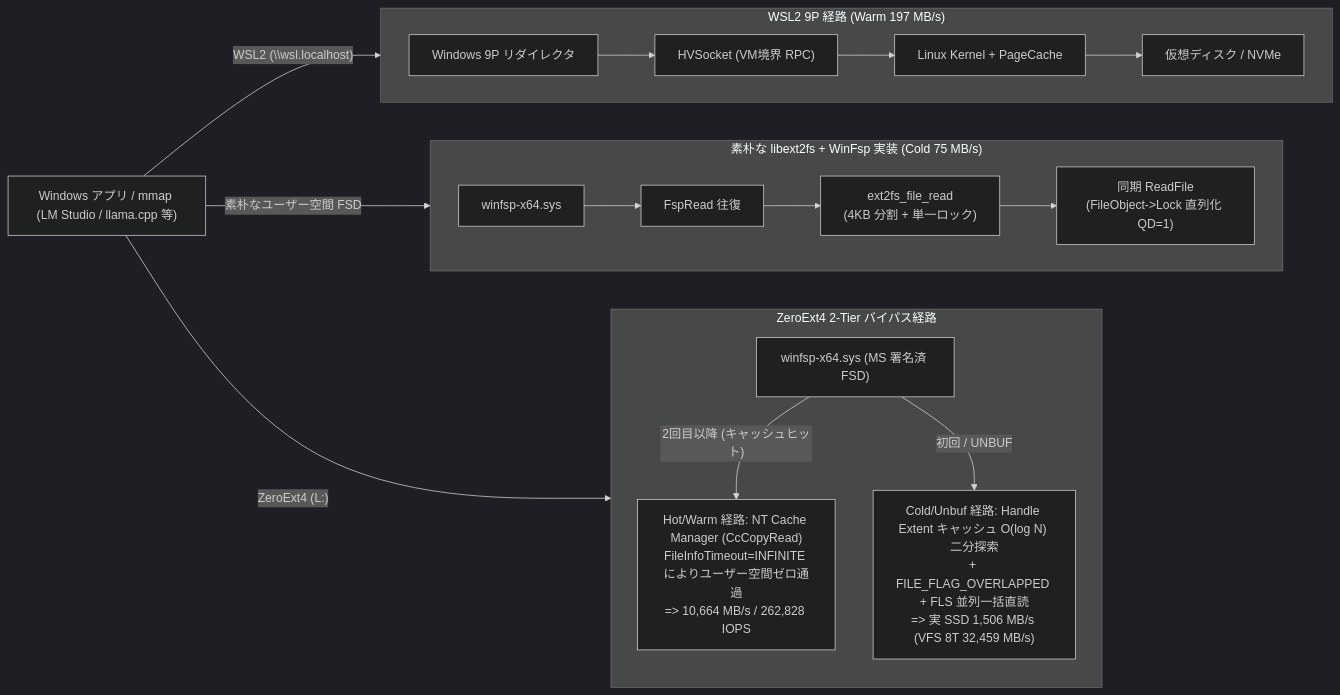
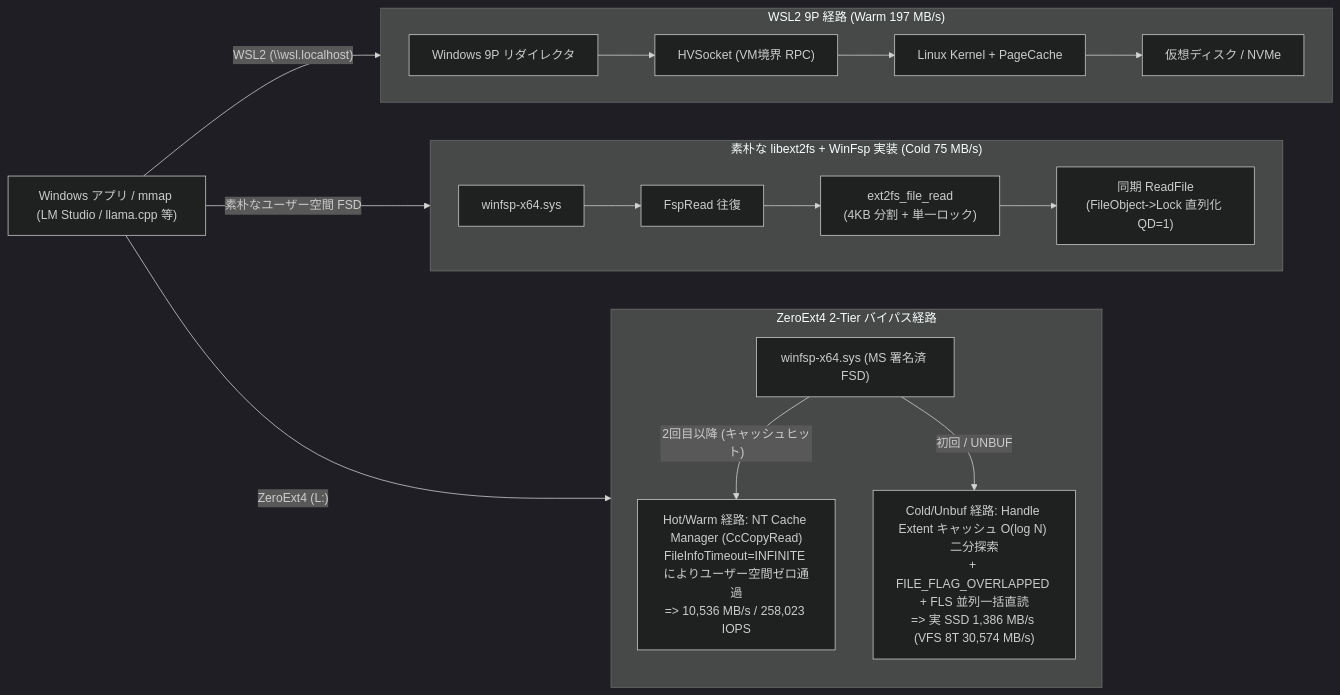
The first of 2 diagrams in docs/overview.md (totatake/ZeroExt), drawn with Mermaid (dark theme) before and after one commit. The commit also changed other lines of this file and 5 other files, not shown here.

````diff
--- a/docs/overview.md
+++ b/docs/overview.md
@@ -32,27 +32,27 @@
 ```mermaid
 flowchart LR
     App["Windows アプリ / mmap (LM Studio / llama.cpp 等)"]
 
     subgraph WSL["WSL2 9P 経路 (Warm 197 MB/s)"]
         direction LR
         W1["Windows 9P リダイレクタ"] --> W2["HVSocket (VM境界 RPC)"] --> W3["Linux Kernel + PageCache"] --> W4["仮想ディスク / NVMe"]
     end
 
     subgraph Naive["素朴な libext2fs + WinFsp 実装 (Cold 75 MB/s)"]
         direction LR
         N1["winfsp-x64.sys"] --> N2["FspRead 往復"] --> N3["ext2fs_file_read\n(4KB 分割 + 単一ロック)"] --> N4["同期 ReadFile\n(FileObject->Lock 直列化 QD=1)"]
     end
 
     subgraph ZeroExt4Path["ZeroExt4 2-Tier バイパス経路"]
         direction TB
         ZSys["winfsp-x64.sys (MS 署名済 FSD)"]
-        ZHot["Hot/Warm 経路: NT Cache Manager (CcCopyRead)\nFileInfoTimeout=INFINITE によりユーザー空間ゼロ通過\n=> 10,664 MB/s / 262,828 IOPS"]
-        ZCold["Cold/Unbuf 経路: Handle Extent キャッシュ O(log N) 二分探索\n+ FILE_FLAG_OVERLAPPED + FLS 並列一括直読\n=> 実 SSD 1,506 MB/s (VFS 8T 32,459 MB/s)"]
+        ZHot["Hot/Warm 経路: NT Cache Manager (CcCopyRead)\nFileInfoTimeout=INFINITE によりユーザー空間ゼロ通過\n=> 10,536 MB/s / 258,023 IOPS"]
+        ZCold["Cold/Unbuf 経路: Handle Extent キャッシュ O(log N) 二分探索\n+ FILE_FLAG_OVERLAPPED + FLS 並列一括直読\n=> 実 SSD 1,386 MB/s (VFS 8T 30,574 MB/s)"]
         ZSys -->|"2回目以降 (キャッシュヒット)"| ZHot
         ZSys -->|"初回 / UNBUF"| ZCold
     end
 
     App -->|"WSL2 (\\wsl.localhost)"| WSL
     App -->|"素朴なユーザー空間 FSD"| Naive
     App -->|"ZeroExt4 (L:)"| ZeroExt4Path
 ```
````
